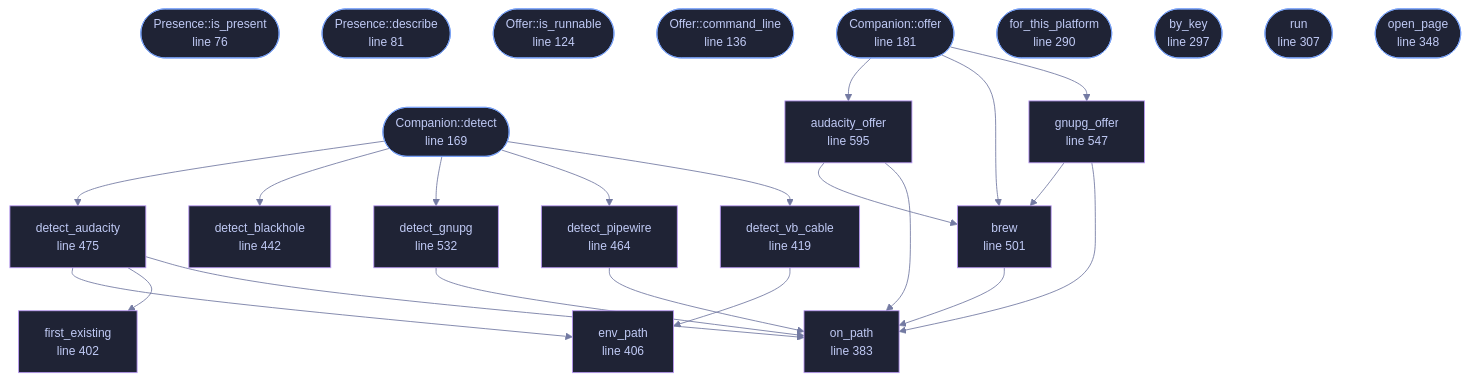
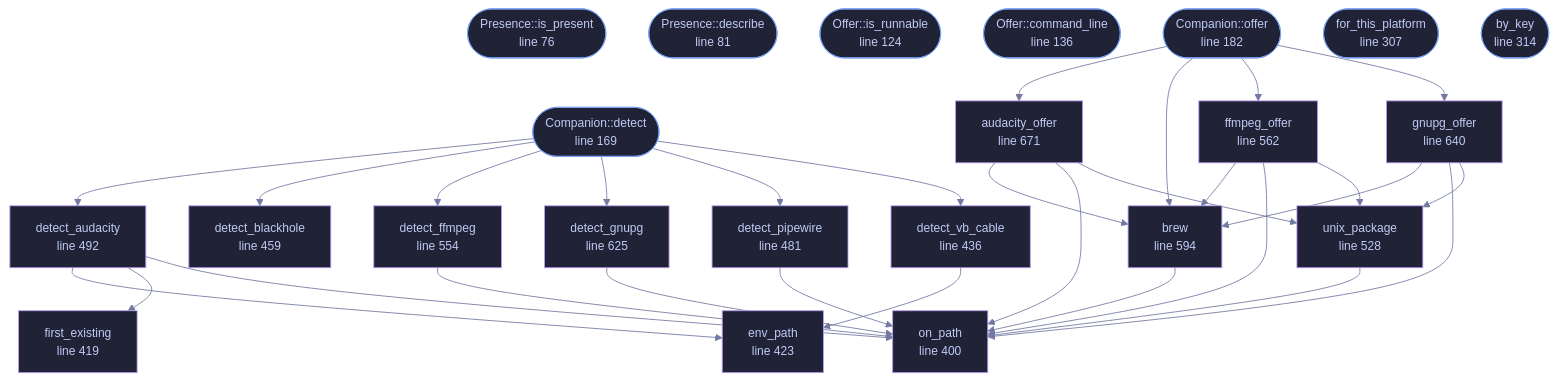
One commit to tilas01/veilvoice changed the diagram in docs/files/veilvoice-setup/companions.md. Above: the diagram before and after it, drawn with Mermaid. The commit also changed other lines of this file and 47 other files, not shown here.

First line of the commit message:
setup: ffmpeg joins the companions, and the render points at it

````diff
--- a/docs/files/veilvoice-setup/companions.md
+++ b/docs/files/veilvoice-setup/companions.md
@@ -120,69 +123,80 @@
 ```mermaid
 %%{init: {"theme":"base","themeVariables":{"background":"#1a1b26","primaryColor":"#1f2335","primaryTextColor":"#c0caf5","primaryBorderColor":"#7aa2f7","secondaryColor":"#16161e","tertiaryColor":"#16161e","lineColor":"#737aa2","textColor":"#c0caf5","mainBkg":"#1f2335","nodeBorder":"#7aa2f7","clusterBkg":"#16161e","clusterBorder":"#2f3549","fontFamily":"ui-monospace, SFMono-Regular, Consolas, monospace","fontSize":"14px"}}}%%
 flowchart TD
     n_is_present(["Presence::is_present<br/>line 76"])
     n_describe(["Presence::describe<br/>line 81"])
     n_is_runnable(["Offer::is_runnable<br/>line 124"])
     n_command_line(["Offer::command_line<br/>line 136"])
     n_detect(["Companion::detect<br/>line 169"])
-    n_offer(["Companion::offer<br/>line 181"])
-    n_for_this_platform(["for_this_platform<br/>line 290"])
-    n_by_key(["by_key<br/>line 297"])
-    n_run(["run<br/>line 307"])
-    n_open_page(["open_page<br/>line 348"])
-    n_on_path["on_path<br/>line 383"]
-    n_first_existing["first_existing<br/>line 402"]
-    n_env_path["env_path<br/>line 406"]
-    n_detect_vb_cable["detect_vb_cable<br/>line 419"]
-    n_detect_blackhole["detect_blackhole<br/>line 442"]
-    n_detect_pipewire["detect_pipewire<br/>line 464"]
-    n_detect_audacity["detect_audacity<br/>line 475"]
-    n_brew["brew<br/>line 501"]
-    n_detect_gnupg["detect_gnupg<br/>line 532"]
-    n_gnupg_offer["gnupg_offer<br/>line 547"]
-    n_audacity_offer["audacity_offer<br/>line 595"]
+    n_offer(["Companion::offer<br/>line 182"])
+    n_for_this_platform(["for_this_platform<br/>line 307"])
+    n_by_key(["by_key<br/>line 314"])
+    n_on_path["on_path<br/>line 400"]
+    n_first_existing["first_existing<br/>line 419"]
+    n_env_path["env_path<br/>line 423"]
+    n_detect_vb_cable["detect_vb_cable<br/>line 436"]
+    n_detect_blackhole["detect_blackhole<br/>line 459"]
+    n_detect_pipewire["detect_pipewire<br/>line 481"]
+    n_detect_audacity["detect_audacity<br/>line 492"]
+    n_unix_package["unix_package<br/>line 528"]
+    n_detect_ffmpeg["detect_ffmpeg<br/>line 554"]
+    n_ffmpeg_offer["ffmpeg_offer<br/>line 562"]
+    n_brew["brew<br/>line 594"]
+    n_detect_gnupg["detect_gnupg<br/>line 625"]
+    n_gnupg_offer["gnupg_offer<br/>line 640"]
+    n_audacity_offer["audacity_offer<br/>line 671"]
     n_audacity_offer --> n_brew
     n_audacity_offer --> n_on_path
+    n_audacity_offer --> n_unix_package
     n_brew --> n_on_path
     n_detect --> n_detect_audacity
     n_detect --> n_detect_blackhole
+    n_detect --> n_detect_ffmpeg
     n_detect --> n_detect_gnupg
     n_detect --> n_detect_pipewire
     n_detect --> n_detect_vb_cable
     n_detect_audacity --> n_env_path
     n_detect_audacity --> n_first_existing
     n_detect_audacity --> n_on_path
+    n_detect_ffmpeg --> n_on_path
     n_detect_gnupg --> n_on_path
     n_detect_pipewire --> n_on_path
     n_detect_vb_cable --> n_env_path
+    n_ffmpeg_offer --> n_brew
+    n_ffmpeg_offer --> n_on_path
+    n_ffmpeg_offer --> n_unix_package
     n_gnupg_offer --> n_brew
     n_gnupg_offer --> n_on_path
+    n_gnupg_offer --> n_unix_package
     n_offer --> n_audacity_offer
     n_offer --> n_brew
+    n_offer --> n_ffmpeg_offer
     n_offer --> n_gnupg_offer
+    n_unix_package --> n_on_path
     click n_is_present href "https://github.com/tilas01/veilvoice/blob/main/crates/veilvoice-setup/src/companions.rs#L76" "open the source"
     click n_describe href "https://github.com/tilas01/veilvoice/blob/main/crates/veilvoice-setup/src/companions.rs#L81" "open the source"
     click n_is_runnable href "https://github.com/tilas01/veilvoice/blob/main/crates/veilvoice-setup/src/companions.rs#L124" "open the source"
     click n_command_line href "https://github.com/tilas01/veilvoice/blob/main/crates/veilvoice-setup/src/companions.rs#L136" "open the source"
     click n_detect href "https://github.com/tilas01/veilvoice/blob/main/crates/veilvoice-setup/src/companions.rs#L169" "open the source"
-    click n_offer href "https://github.com/tilas01/veilvoice/blob/main/crates/veilvoice-setup/src/companions.rs#L181" "open the source"
-    click n_for_this_platform href "https://github.com/tilas01/veilvoice/blob/main/crates/veilvoice-setup/src/companions.rs#L290" "open the source"
-    click n_by_key href "https://github.com/tilas01/veilvoice/blob/main/crates/veilvoice-setup/src/companions.rs#L297" "open the source"
-    click n_run href "https://github.com/tilas01/veilvoice/blob/main/crates/veilvoice-setup/src/companions.rs#L307" "open the source"
-    click n_open_page href "https://github.com/tilas01/veilvoice/blob/main/crates/veilvoice-setup/src/companions.rs#L348" "open the source"
-    click n_on_path href "https://github.com/tilas01/veilvoice/blob/main/crates/veilvoice-setup/src/companions.rs#L383" "open the source"
-    click n_first_existing href "https://github.com/tilas01/veilvoice/blob/main/crates/veilvoice-setup/src/companions.rs#L402" "open the source"
-    click n_env_path href "https://github.com/tilas01/veilvoice/blob/main/crates/veilvoice-setup/src/companions.rs#L406" "open the source"
-    click n_detect_vb_cable href "https://github.com/tilas01/veilvoice/blob/main/crates/veilvoice-setup/src/companions.rs#L419" "open the source"
-    click n_detect_blackhole href "https://github.com/tilas01/veilvoice/blob/main/crates/veilvoice-setup/src/companions.rs#L442" "open the source"
-    click n_detect_pipewire href "https://github.com/tilas01/veilvoice/blob/main/crates/veilvoice-setup/src/companions.rs#L464" "open the source"
-    click n_detect_audacity href "https://github.com/tilas01/veilvoice/blob/main/crates/veilvoice-setup/src/companions.rs#L475" "open the source"
-    click n_brew href "https://github.com/tilas01/veilvoice/blob/main/crates/veilvoice-setup/src/companions.rs#L501" "open the source"
-    click n_detect_gnupg href "https://github.com/tilas01/veilvoice/blob/main/crates/veilvoice-setup/src/companions.rs#L532" "open the source"
-    click n_gnupg_offer href "https://github.com/tilas01/veilvoice/blob/main/crates/veilvoice-setup/src/companions.rs#L547" "open the source"
-    click n_audacity_offer href "https://github.com/tilas01/veilvoice/blob/main/crates/veilvoice-setup/src/companions.rs#L595" "open the source"
+    click n_offer href "https://github.com/tilas01/veilvoice/blob/main/crates/veilvoice-setup/src/companions.rs#L182" "open the source"
+    click n_for_this_platform href "https://github.com/tilas01/veilvoice/blob/main/crates/veilvoice-setup/src/companions.rs#L307" "open the source"
+    click n_by_key href "https://github.com/tilas01/veilvoice/blob/main/crates/veilvoice-setup/src/companions.rs#L314" "open the source"
+    click n_on_path href "https://github.com/tilas01/veilvoice/blob/main/crates/veilvoice-setup/src/companions.rs#L400" "open the source"
+    click n_first_existing href "https://github.com/tilas01/veilvoice/blob/main/crates/veilvoice-setup/src/companions.rs#L419" "open the source"
+    click n_env_path href "https://github.com/tilas01/veilvoice/blob/main/crates/veilvoice-setup/src/companions.rs#L423" "open the source"
+    click n_detect_vb_cable href "https://github.com/tilas01/veilvoice/blob/main/crates/veilvoice-setup/src/companions.rs#L436" "open the source"
+    click n_detect_blackhole href "https://github.com/tilas01/veilvoice/blob/main/crates/veilvoice-setup/src/companions.rs#L459" "open the source"
+    click n_detect_pipewire href "https://github.com/tilas01/veilvoice/blob/main/crates/veilvoice-setup/src/companions.rs#L481" "open the source"
+    click n_detect_audacity href "https://github.com/tilas01/veilvoice/blob/main/crates/veilvoice-setup/src/companions.rs#L492" "open the source"
+    click n_unix_package href "https://github.com/tilas01/veilvoice/blob/main/crates/veilvoice-setup/src/companions.rs#L528" "open the source"
+    click n_detect_ffmpeg href "https://github.com/tilas01/veilvoice/blob/main/crates/veilvoice-setup/src/companions.rs#L554" "open the source"
+    click n_ffmpeg_offer href "https://github.com/tilas01/veilvoice/blob/main/crates/veilvoice-setup/src/companions.rs#L562" "open the source"
+    click n_brew href "https://github.com/tilas01/veilvoice/blob/main/crates/veilvoice-setup/src/companions.rs#L594" "open the source"
+    click n_detect_gnupg href "https://github.com/tilas01/veilvoice/blob/main/crates/veilvoice-setup/src/companions.rs#L625" "open the source"
+    click n_gnupg_offer href "https://github.com/tilas01/veilvoice/blob/main/crates/veilvoice-setup/src/companions.rs#L640" "open the source"
+    click n_audacity_offer href "https://github.com/tilas01/veilvoice/blob/main/crates/veilvoice-setup/src/companions.rs#L671" "open the source"
     classDef entry fill:#1f2335,stroke:#7aa2f7,color:#c0caf5
-    class n_is_present,n_describe,n_is_runnable,n_command_line,n_detect,n_offer,n_for_this_platform,n_by_key,n_run,n_open_page entry
+    class n_is_present,n_describe,n_is_runnable,n_command_line,n_detect,n_offer,n_for_this_platform,n_by_key entry
     classDef helper fill:#1f2335,stroke:#bb9af7,color:#c0caf5
-    class n_on_path,n_first_existing,n_env_path,n_detect_vb_cable,n_detect_blackhole,n_detect_pipewire,n_detect_audacity,n_brew,n_detect_gnupg,n_gnupg_offer,n_audacity_offer helper
+    class n_on_path,n_first_existing,n_env_path,n_detect_vb_cable,n_detect_blackhole,n_detect_pipewire,n_detect_audacity,n_unix_package,n_detect_ffmpeg,n_ffmpeg_offer,n_brew,n_detect_gnupg,n_gnupg_offer,n_audacity_offer helper
 ```
````
